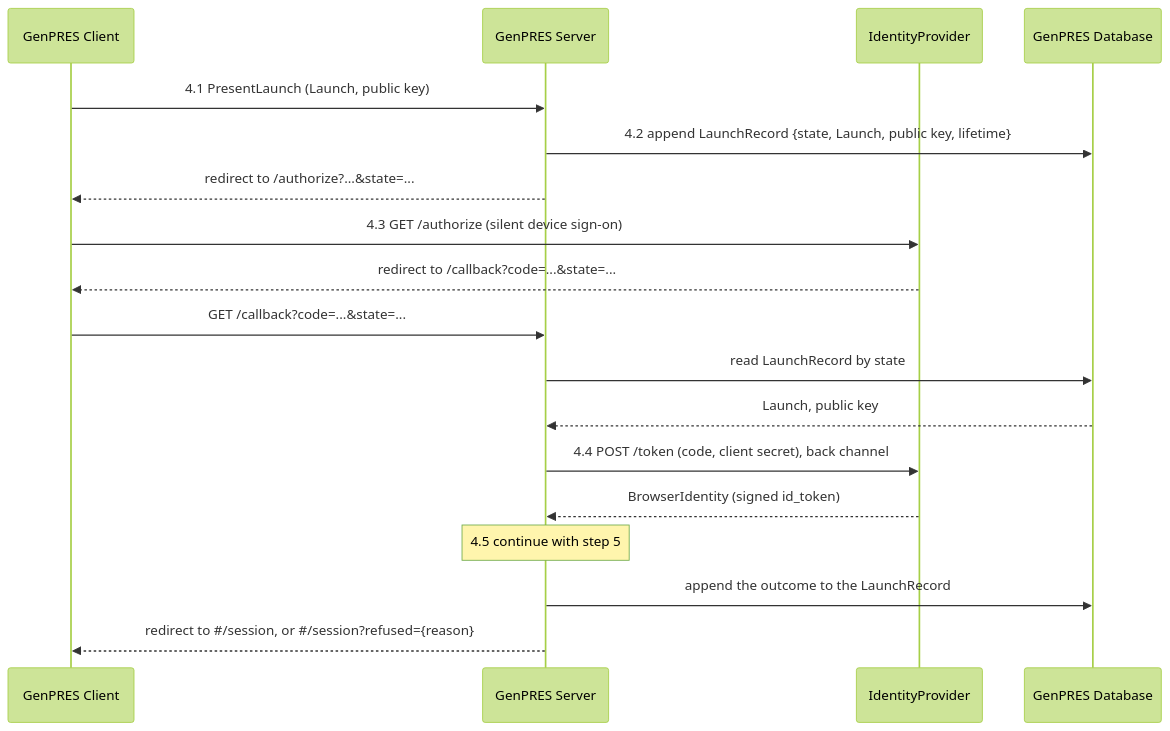
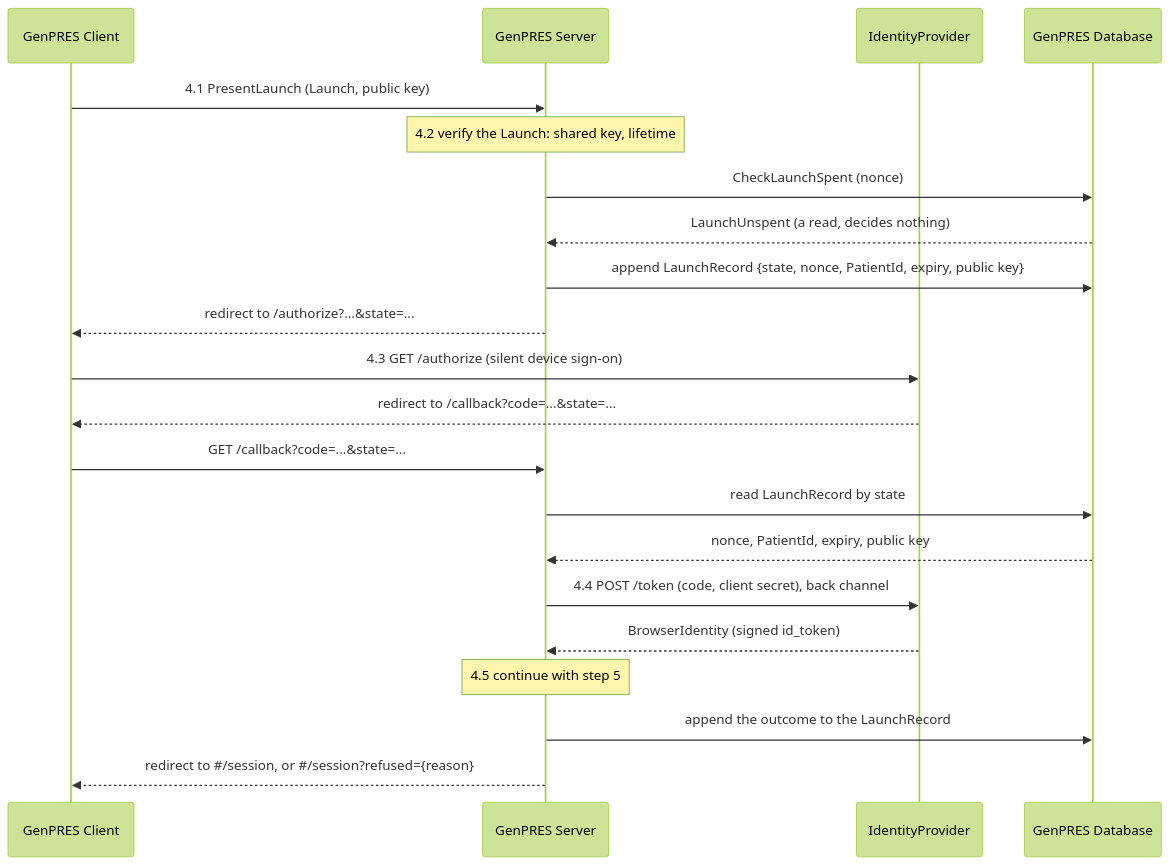
Before and after one commit to informedica/GenPRES: the second of 4 diagrams in docs/scenarios/integration/uc-01-launch.md, drawn with Mermaid (forest theme). The commit also changed other lines of this file and 1 other file, not shown here.

First line of the commit message:
docs(client): store the Launch's contents, not the Launch

````diff
--- a/docs/scenarios/integration/uc-01-launch.md
+++ b/docs/scenarios/integration/uc-01-launch.md
@@ -54,21 +55,24 @@
 ```mermaid
 sequenceDiagram
     participant C as GenPRES Client
     participant S as GenPRES Server
     participant I as IdentityProvider
     participant D as GenPRES Database
 
     C->>S: 4.1 PresentLaunch (Launch, public key)
-    S->>D: 4.2 append LaunchRecord {state, Launch, public key, lifetime}
+    Note over S: 4.2 verify the Launch: shared key, lifetime
+    S->>D: CheckLaunchSpent (nonce)
+    D-->>S: LaunchUnspent (a read, decides nothing)
+    S->>D: append LaunchRecord {state, nonce, PatientId, expiry, public key}
     S-->>C: redirect to /authorize?...&state=...
     C->>I: 4.3 GET /authorize (silent device sign-on)
     I-->>C: redirect to /callback?code=...&state=...
     C->>S: GET /callback?code=...&state=...
     S->>D: read LaunchRecord by state
-    D-->>S: Launch, public key
+    D-->>S: nonce, PatientId, expiry, public key
     S->>I: 4.4 POST /token (code, client secret), back channel
     I-->>S: BrowserIdentity (signed id_token)
     Note over S: 4.5 continue with step 5
     S->>D: append the outcome to the LaunchRecord
     S-->>C: redirect to #35;/session, or #35;/session?refused={reason}
 ```
````
